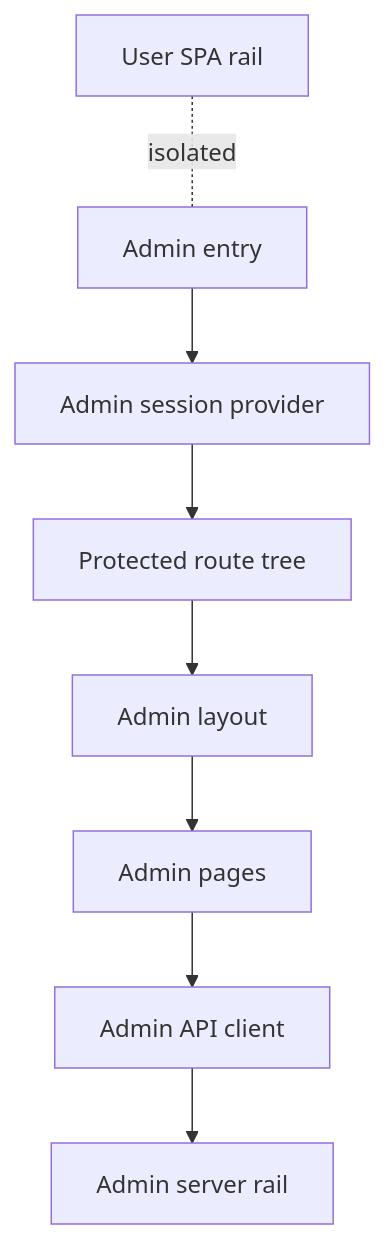
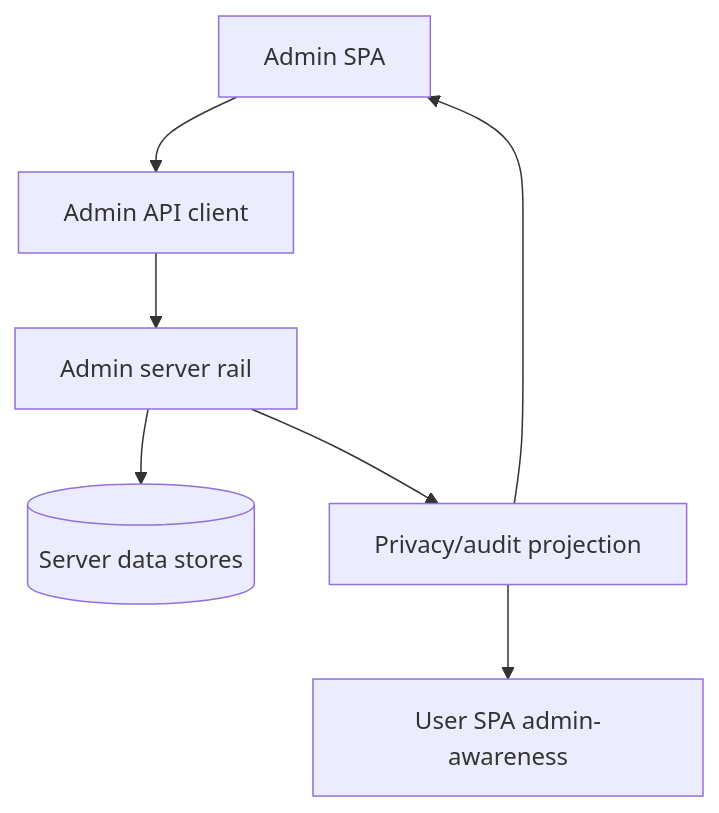
Before and after one commit to codetreker/borgee: the diagram in docs/current/admin/README.md, drawn with Mermaid. The commit also changed other lines of this file and 6 other files, not shown here.

Commit message:
docs: address client and admin review feedback

````diff
--- a/docs/current/admin/README.md
+++ b/docs/current/admin/README.md
@@ -7,15 +7,14 @@
 ```mermaid
 flowchart TB
-  Entry[Admin entry]
-  Session[Admin session provider]
-  Router[Protected route tree]
-  Layout[Admin layout]
-  Pages[Admin pages]
-  API[Admin API client]
-  Server[Admin server rail]
-  User[User SPA rail]
+  AdminSPA[Admin SPA]
+  APIClient[Admin API client]
+  ServerRail[Admin server rail]
+  Privacy[Privacy/audit projection]
+  UserSPA[User SPA admin-awareness]
+  Store[(Server data stores)]
 
-  Entry --> Session --> Router --> Layout --> Pages
-  Pages --> API --> Server
-  User -. isolated .- Entry
+  AdminSPA --> APIClient --> ServerRail --> Store
+  ServerRail --> Privacy
+  Privacy --> AdminSPA
+  Privacy --> UserSPA
 ```
````
